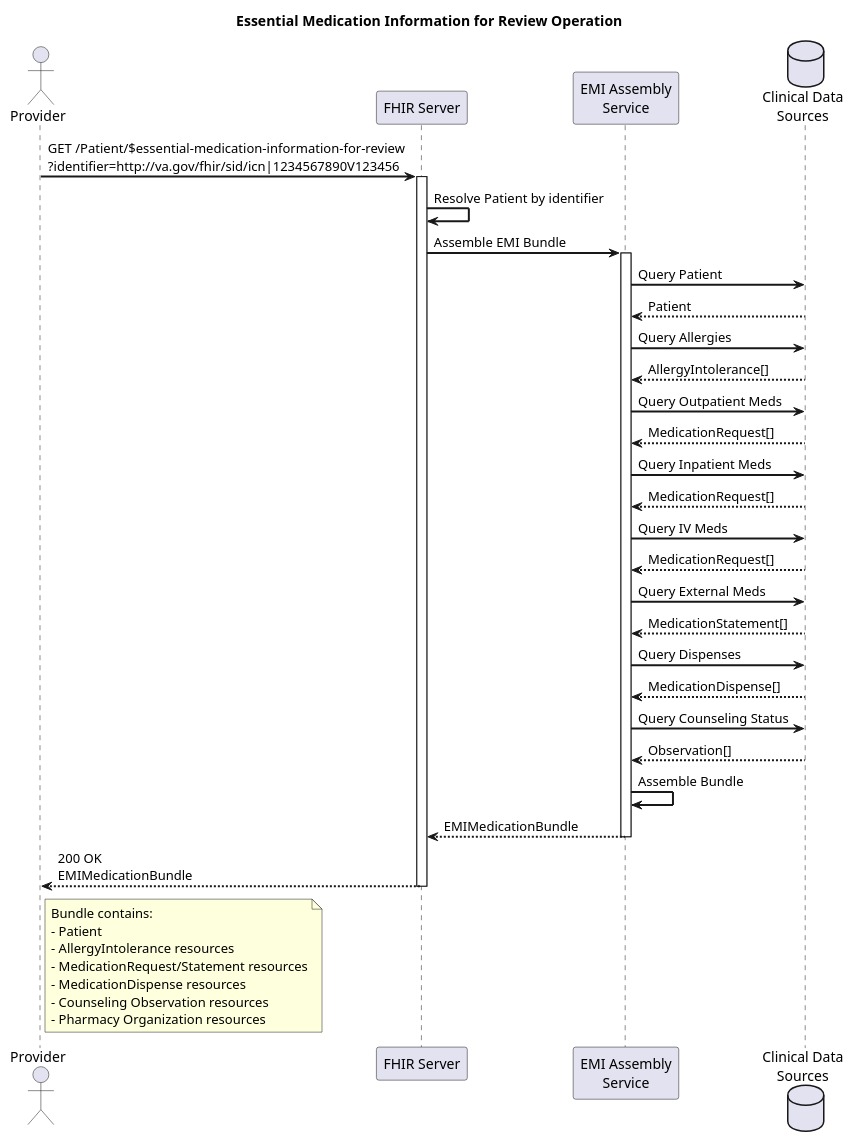
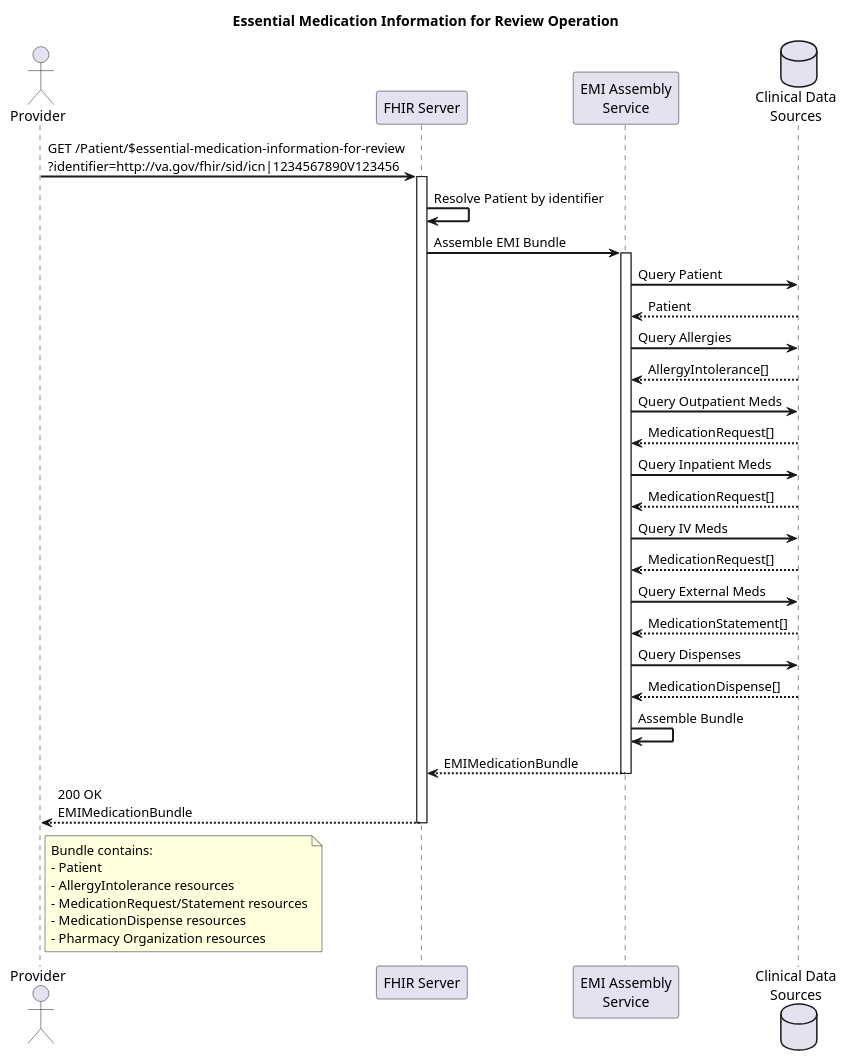
Before and after one commit to jlyle1/essential-medication-information: the diagram in input/images-source/emi-operation-sequence.puml, drawn with PlantUML. The commit also changed 43 other files, not shown here.

```diff
--- a/input/images-source/emi-operation-sequence.puml
+++ b/input/images-source/emi-operation-sequence.puml
@@ -1,64 +1,60 @@
 @startuml emi-operation-sequence
 
 title Essential Medication Information for Review Operation
 
 skinparam sequenceArrowThickness 2
 skinparam participantPadding 20
 skinparam boxPadding 10
 
 actor "Provider" as Provider
 participant "FHIR Server" as Server
 participant "EMI Assembly\nService" as Assembly
 database "Clinical Data\nSources" as Data
 
 Provider -> Server : GET /Patient/$essential-medication-information-for-review\n?identifier=http://va.gov/fhir/sid/icn|1234567890V123456
 activate Server
 
 Server -> Server : Resolve Patient by identifier
 
 Server -> Assembly : Assemble EMI Bundle
 activate Assembly
 
 Assembly -> Data : Query Patient
 Assembly <-- Data : Patient
 
 Assembly -> Data : Query Allergies 
 Assembly <-- Data : AllergyIntolerance[]
 
 Assembly -> Data : Query Outpatient Meds 
 Assembly <-- Data : MedicationRequest[]
 
 Assembly -> Data : Query Inpatient Meds 
 Assembly <-- Data : MedicationRequest[]
 
 Assembly -> Data : Query IV Meds 
 Assembly <-- Data : MedicationRequest[]
 
 Assembly -> Data : Query External Meds
 Assembly <-- Data : MedicationStatement[]
 
-Assembly -> Data : Query Dispenses 
+Assembly -> Data : Query Dispenses
 Assembly <-- Data : MedicationDispense[]
-
-Assembly -> Data : Query Counseling Status
-Assembly <-- Data : Observation[]
 
 Assembly -> Assembly : Assemble Bundle
 
 Server <-- Assembly : EMIMedicationBundle
 deactivate Assembly
 
 Provider <-- Server : 200 OK\nEMIMedicationBundle
 deactivate Server
 
 note right of Provider
   Bundle contains:
   - Patient
   - AllergyIntolerance resources
   - MedicationRequest/Statement resources
   - MedicationDispense resources
-  - Counseling Observation resources
   - Pharmacy Organization resources
 end note
 
 @enduml
```
